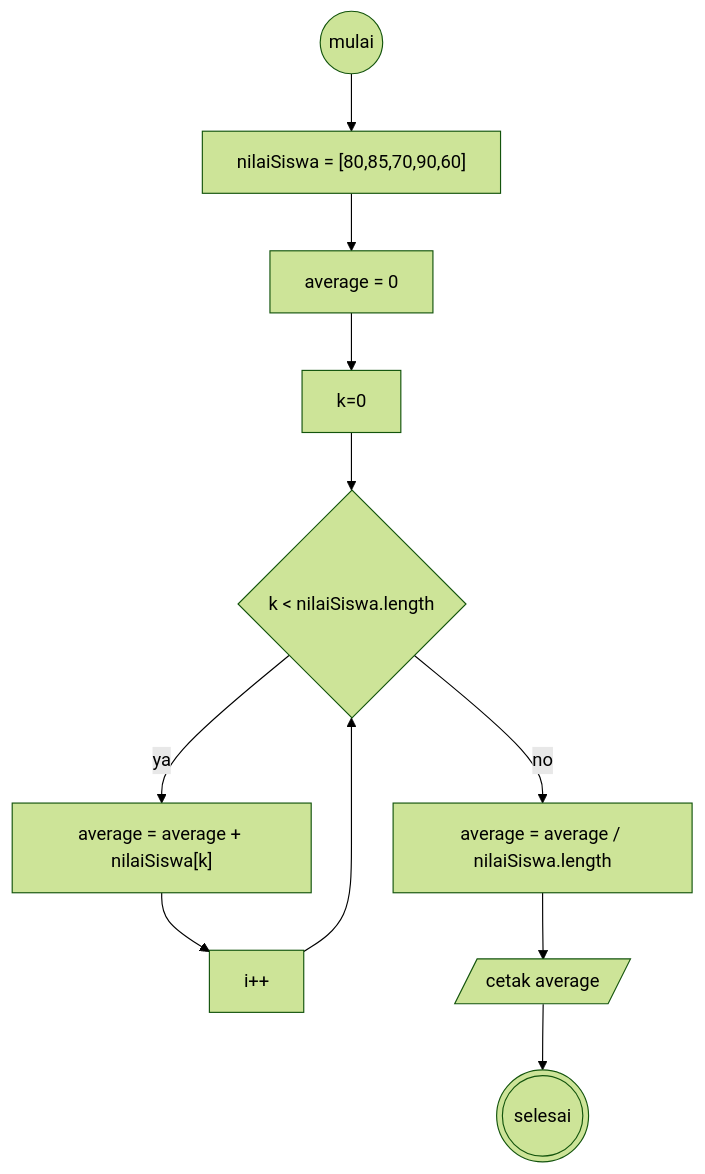
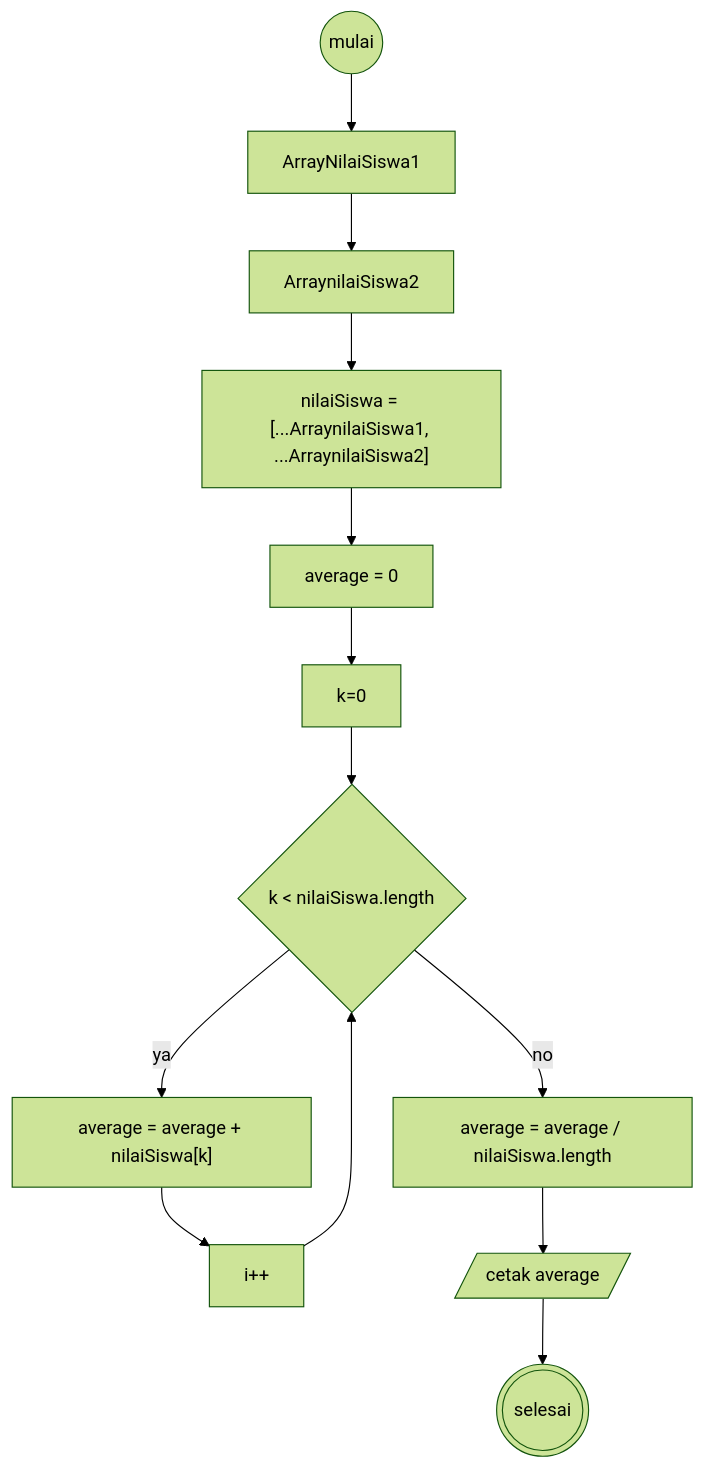
One commit to asasonda/koda-b1-javascript2 changed the third of 3 diagrams in koda-b1-minitask1.md. Above: the diagram before and after it, drawn with Mermaid (forest theme). The commit also changed other lines of this file, not shown here.

````diff
--- a/koda-b1-minitask1.md
+++ b/koda-b1-minitask1.md
@@ -35,13 +39,15 @@
 ```mermaid
 flowchart TD
-    start((mulai)) --> NilaiArray["nilaiSiswa = [80,85,70,90,60]"]
-    NilaiArray --> deklarasi[average = 0]
+    start((mulai)) --> NilaiArray["ArrayNilaiSiswa1"]
+    NilaiArray --> array2[ArraynilaiSiswa2]
+    array2 --> spread["nilaiSiswa = [...ArraynilaiSiswa1, ...ArraynilaiSiswa2]"]
+    spread --> deklarasi[average = 0]
     deklarasi --> i[k=0] 
     i --> cek{k < nilaiSiswa.length}
     cek -- ya --> simpan["average = average + nilaiSiswa[k]"]
     cek -- no --> kalkulasi[average = average / nilaiSiswa.length]
     simpan --> increment[i++]
     increment --> cek
     kalkulasi --> cetak[/cetak average/]
     cetak --> selesai(((selesai)))
 ```
````
